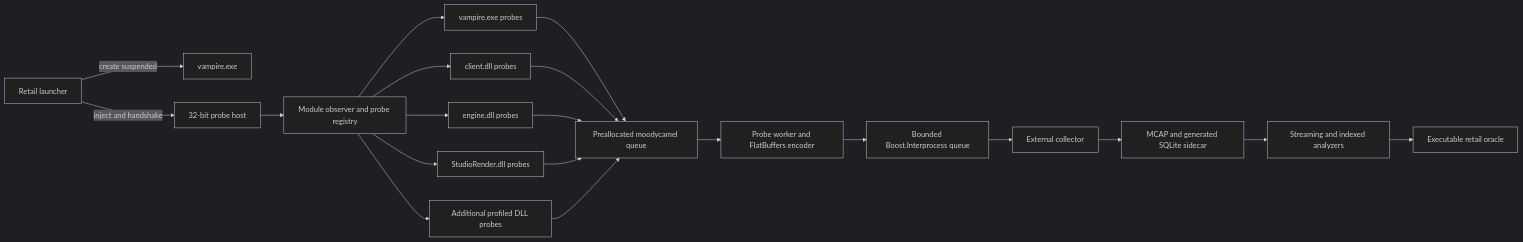
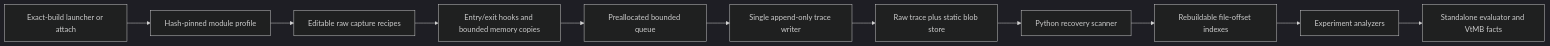
Before and after one commit to jlagedo/elysium-unreal: the diagram in docs/project/retail-capture-roadmap.md, drawn with Mermaid (dark theme). The commit also changed other lines of this file and 58 other files, not shown here.

Commit message:
Refocus retail capture on raw animation RE

````diff
--- a/docs/project/retail-capture-roadmap.md
+++ b/docs/project/retail-capture-roadmap.md
@@ -125,22 +105,13 @@
 ```mermaid
 flowchart LR
-    L["Retail launcher"] -->|"create suspended"| G["vampire.exe"]
-    L -->|"inject and handshake"| H["32-bit probe host"]
-    H --> M["Module observer and probe registry"]
-    M --> V["vampire.exe probes"]
-    M --> C["client.dll probes"]
-    M --> E["engine.dll probes"]
-    M --> S["StudioRender.dll probes"]
-    M --> P["Additional profiled DLL probes"]
-    V --> Q["Preallocated moodycamel queue"]
-    C --> Q
-    E --> Q
-    S --> Q
-    P --> Q
-    Q --> F["Probe worker and FlatBuffers encoder"]
-    F --> T["Bounded Boost.Interprocess queue"]
-    T --> W["External collector"]
-    W --> R["MCAP and generated SQLite sidecar"]
-    R --> I["Streaming and indexed analyzers"]
-    I --> O["Executable retail oracle"]
+    A["Exact-build launcher or attach"] --> B["Hash-pinned module profile"]
+    B --> C["Editable raw capture recipes"]
+    C --> D["Entry/exit hooks and bounded memory copies"]
+    D --> E["Preallocated bounded queue"]
+    E --> F["Single append-only trace writer"]
+    F --> G["Raw trace plus static blob store"]
+    G --> H["Python recovery scanner"]
+    H --> I["Rebuildable file-offset indexes"]
+    I --> J["Experiment analyzers"]
+    J --> K["Standalone evaluator and VtMB facts"]
 ```
````
